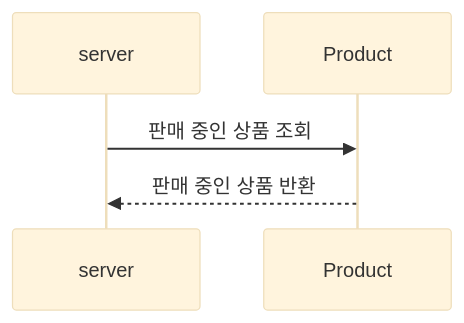
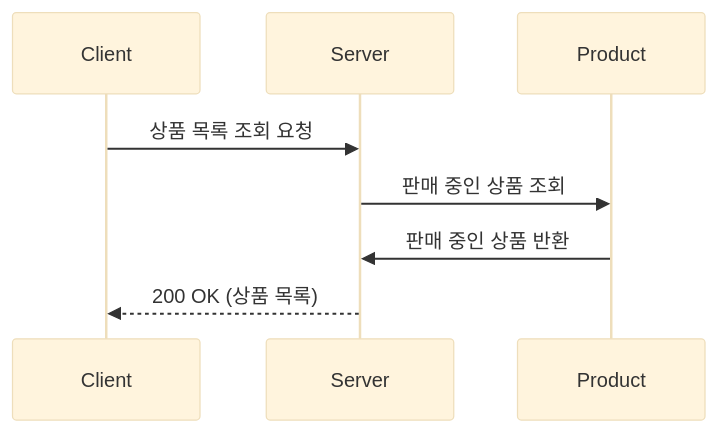
One commit to alert-kim/e-commerce changed the first of 3 diagrams in docs/specs/product.md. Above: the diagram before and after it, drawn with Mermaid (base theme). The commit also changed other lines of this file and 12 other files, not shown here.

````diff
--- a/docs/specs/product.md
+++ b/docs/specs/product.md
@@ -10,7 +11,11 @@
 ```mermaid
 sequenceDiagram
-participant server
-participant Product
-    server->>Product: 판매 중인 상품 조회
-    Product-->>server: 판매 중인 상품 반환
+    participant Client
+    participant Server
+    participant Product
+    
+    Client ->> Server: 상품 목록 조회 요청
+    Server ->> Product: 판매 중인 상품 조회
+    Product ->> Server: 판매 중인 상품 반환
+    Server -->> Client: 200 OK (상품 목록)
 ```
````
